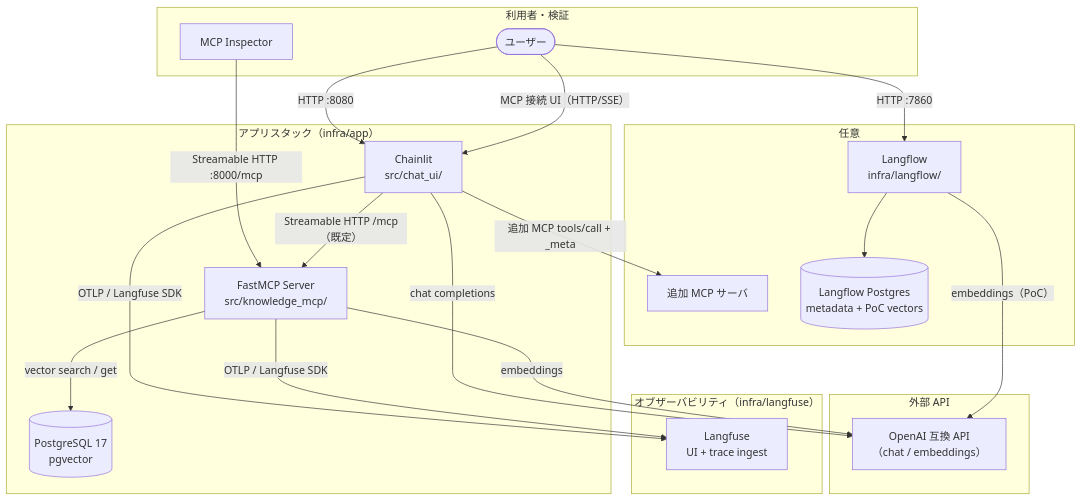
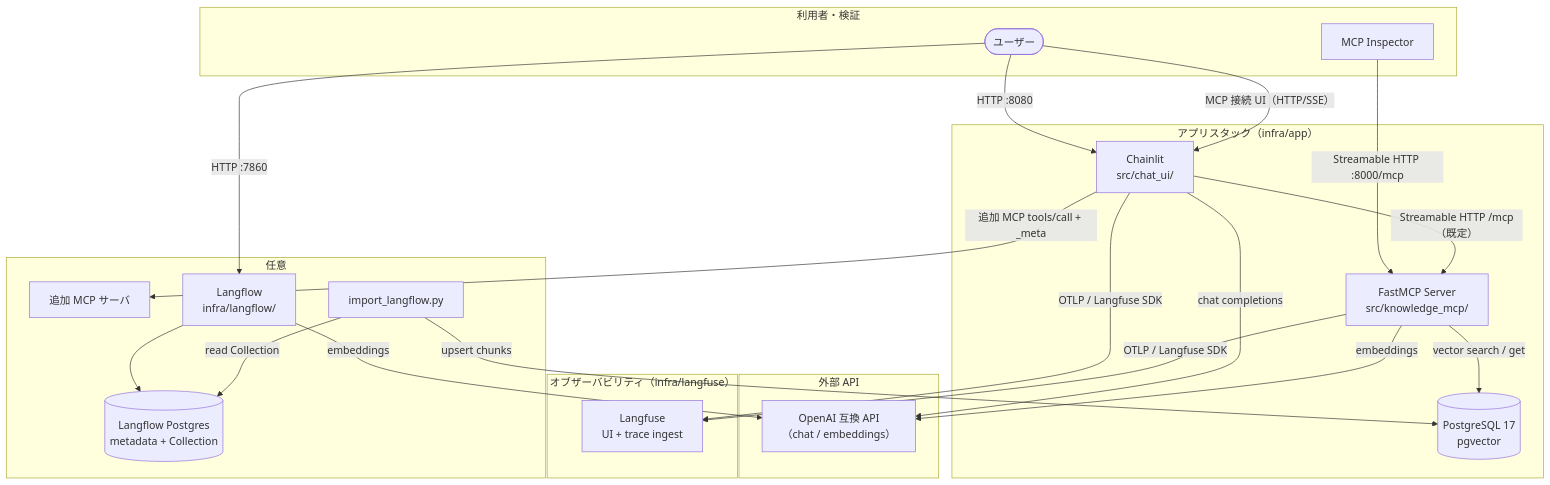
One commit to s-kodani/template-ai-coding changed the first of 2 diagrams in docs/current/architecture.md. Above: the diagram before and after it, drawn with Mermaid. The commit also changed other lines of this file and 27 other files, not shown here.

````diff
--- a/docs/current/architecture.md
+++ b/docs/current/architecture.md
@@ -24,41 +24,44 @@
 ```mermaid
 flowchart TB
     subgraph users["利用者・検証"]
         User([ユーザー])
         Inspector[MCP Inspector]
     end
 
     subgraph app["アプリスタック（infra/app）"]
         Chainlit["Chainlit<br/>src/chat_ui/"]
         MCP["FastMCP Server<br/>src/knowledge_mcp/"]
         PG[("PostgreSQL 17<br/>pgvector")]
     end
 
     subgraph external["外部 API"]
         LLM["OpenAI 互換 API<br/>（chat / embeddings）"]
     end
 
     subgraph observability["オブザーバビリティ（infra/langfuse）"]
         Langfuse["Langfuse<br/>UI + trace ingest"]
     end
 
     subgraph optional["任意"]
         ExtraMCP[追加 MCP サーバ]
         Langflow["Langflow<br/>infra/langflow/"]
-        LFPG[("Langflow Postgres<br/>metadata + PoC vectors")]
+        LFPG[("Langflow Postgres<br/>metadata + Collection")]
+        Adapter["import_langflow.py"]
     end
 
     User -->|HTTP :8080| Chainlit
     User -->|HTTP :7860| Langflow
     Langflow --> LFPG
-    Langflow -->|embeddings（PoC）| LLM
+    Langflow -->|embeddings| LLM
+    Adapter -->|read Collection| LFPG
+    Adapter -->|upsert chunks| PG
     User -->|"MCP 接続 UI（HTTP/SSE）"| Chainlit
     Inspector -->|"Streamable HTTP :8000/mcp"| MCP
     Chainlit -->|"Streamable HTTP /mcp（既定）"| MCP
     Chainlit -->|追加 MCP tools/call + _meta| ExtraMCP
     Chainlit -->|chat completions| LLM
     MCP -->|vector search / get| PG
     MCP -->|embeddings| LLM
     Chainlit -->|OTLP / Langfuse SDK| Langfuse
     MCP -->|OTLP / Langfuse SDK| Langfuse
 ```
````
